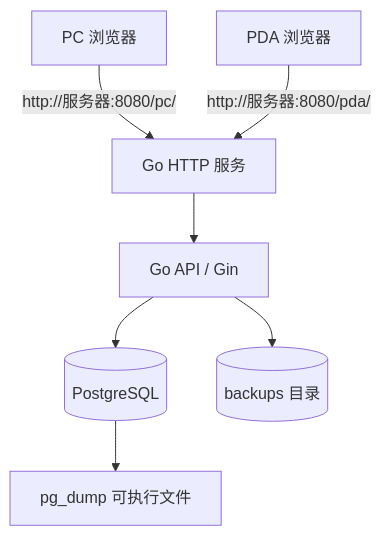
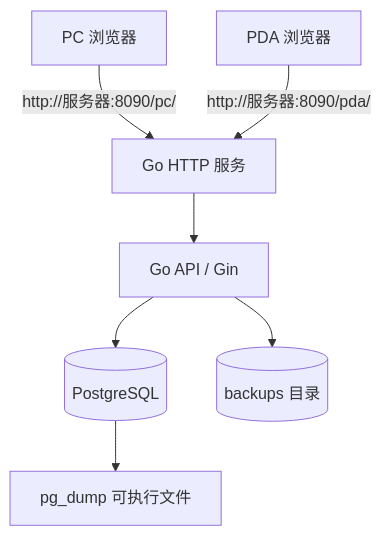
One commit to MouP-rookie/CJBearing changed the second of 4 diagrams in docs/ARCHITECTURE.md. Above: the diagram before and after it, drawn with Mermaid. The commit also changed other lines of this file and 73 other files, not shown here.

```diff
--- a/docs/ARCHITECTURE.md
+++ b/docs/ARCHITECTURE.md
@@ -50,9 +50,9 @@
 ~~~mermaid
 flowchart TB
-    BrowserPC[PC 浏览器] -->|http://服务器:8080/pc/| HTTP[Go HTTP 服务]
-    BrowserPDA[PDA 浏览器] -->|http://服务器:8080/pda/| HTTP
+    BrowserPC[PC 浏览器] -->|http://服务器:8090/pc/| HTTP[Go HTTP 服务]
+    BrowserPDA[PDA 浏览器] -->|http://服务器:8090/pda/| HTTP
     HTTP --> API[Go API / Gin]
     API --> PG[(PostgreSQL)]
     API --> FS[(backups 目录)]
     PG --> PGDUMP[pg_dump 可执行文件]
 ~~~
```
